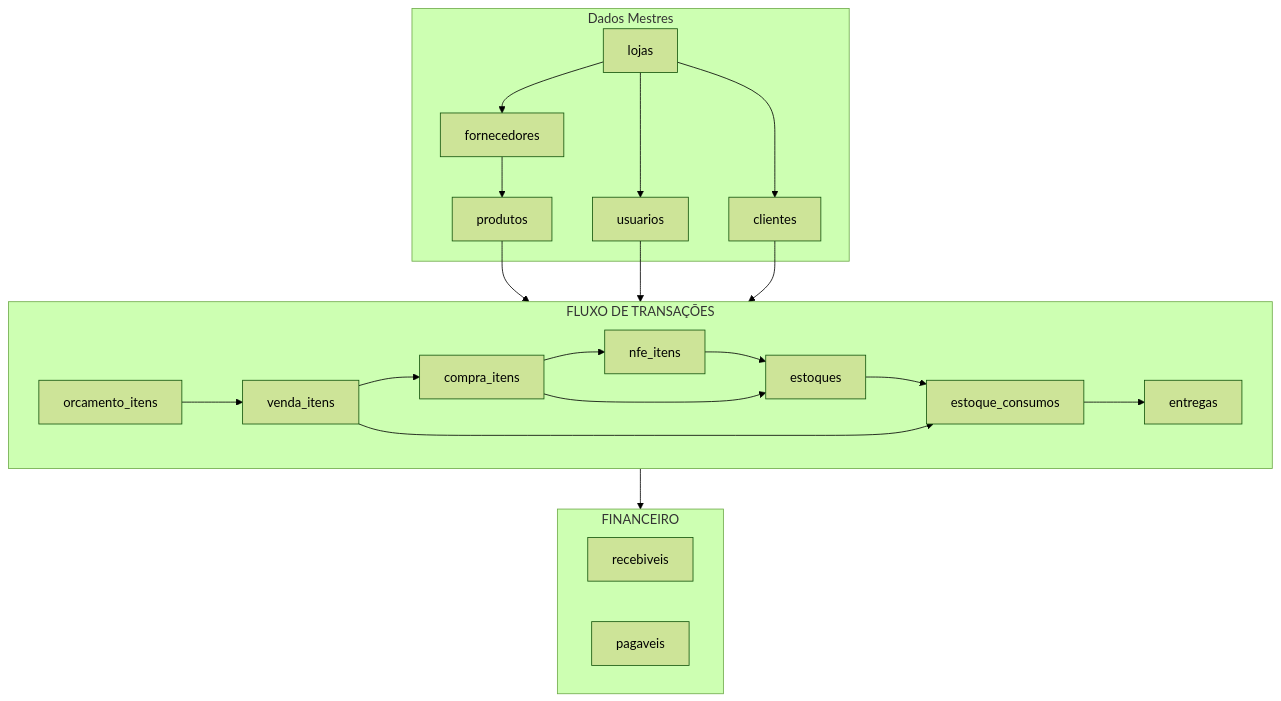
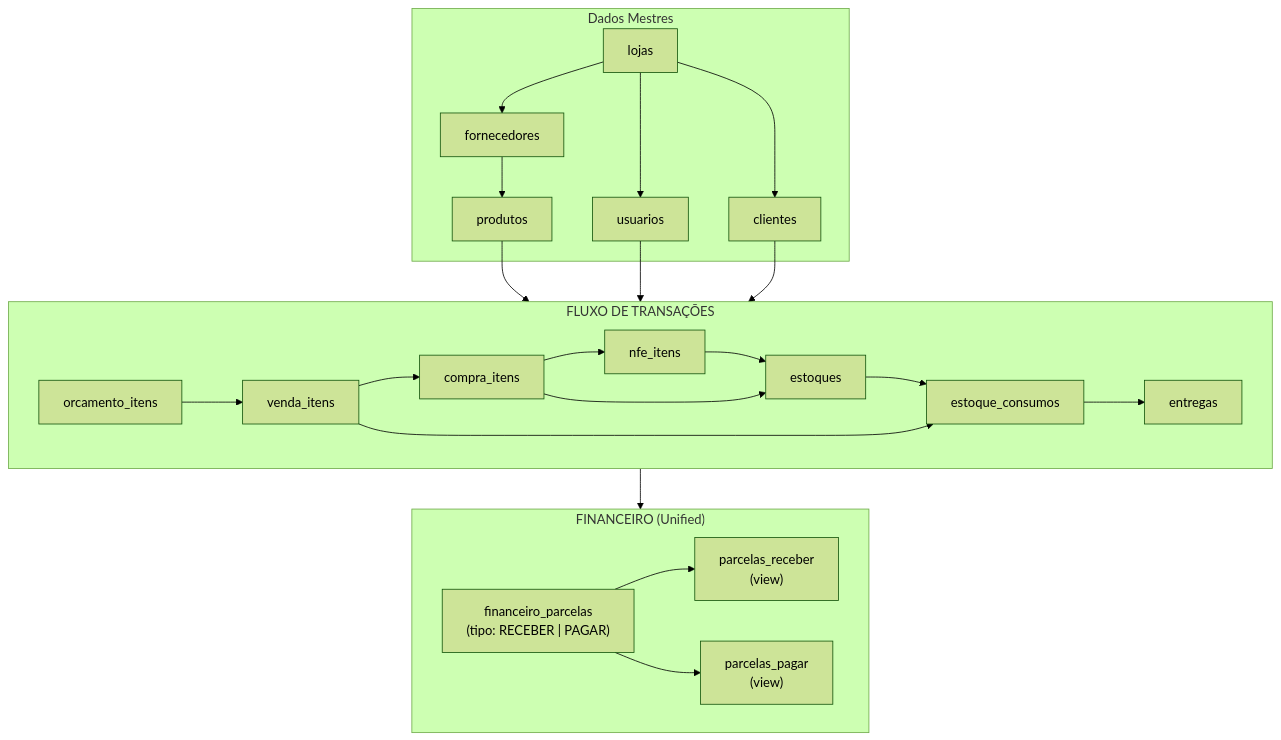
One commit to darktorres/ERP-STACCATO changed the second of 7 diagrams in .claude/next-gen/03-decisoes/02-schema-redesenhado.md. Above: the diagram before and after it, drawn with Mermaid (forest theme). The commit also changed other lines of this file and 3 other files, not shown here.

````diff
--- a/.claude/next-gen/03-decisoes/02-schema-redesenhado.md
+++ b/.claude/next-gen/03-decisoes/02-schema-redesenhado.md
@@ -108,45 +108,48 @@
 ```mermaid
 flowchart TB
     subgraph MasterData["Dados Mestres"]
         Lojas["lojas"]
         Fornecedores["fornecedores"]
         Usuarios["usuarios"]
         Clientes["clientes"]
         Produtos["produtos"]
     end
 
     Lojas --> Fornecedores
     Lojas --> Usuarios
     Lojas --> Clientes
     Fornecedores --> Produtos
 
     subgraph TransactionFlow["FLUXO DE TRANSAÇÕES"]
         OrcamentoItens["orcamento_itens"]
         VendaItens["venda_itens"]
         CompraItens["compra_itens"]
         NfeItens["nfe_itens"]
         Estoques["estoques"]
         EstoqueConsumos["estoque_consumos"]
         Entregas["entregas"]
 
         OrcamentoItens --> VendaItens
         VendaItens --> CompraItens
         CompraItens --> NfeItens
         NfeItens --> Estoques
         CompraItens --> Estoques
         Estoques --> EstoqueConsumos
         VendaItens --> EstoqueConsumos
         EstoqueConsumos --> Entregas
     end
 
     Produtos --> TransactionFlow
     Usuarios --> TransactionFlow
     Clientes --> TransactionFlow
 
-    subgraph Financeiro["FINANCEIRO"]
-        Recebiveis["recebiveis"]
-        Pagaveis["pagaveis"]
+    subgraph Financeiro["FINANCEIRO (Unified)"]
+        FinanceiroParcelas["financeiro_parcelas<br/>(tipo: RECEBER | PAGAR)"]
+        ParcelasReceber["parcelas_receber<br/>(view)"]
+        ParcelasPagar["parcelas_pagar<br/>(view)"]
+        FinanceiroParcelas --> ParcelasReceber
+        FinanceiroParcelas --> ParcelasPagar
     end
 
     TransactionFlow --> Financeiro
 ```
````
